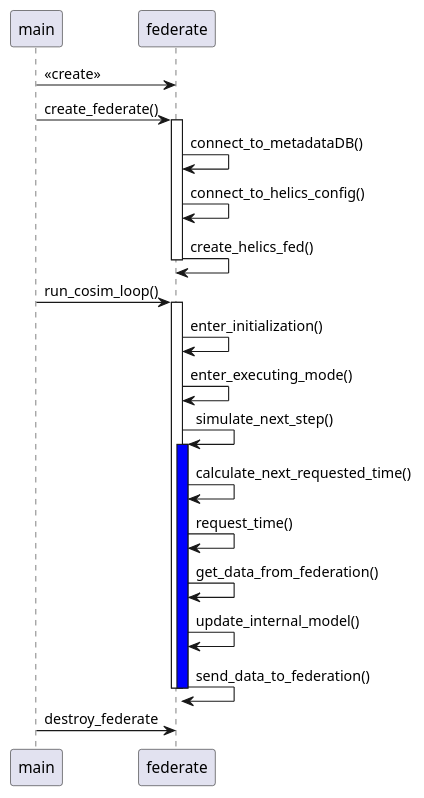
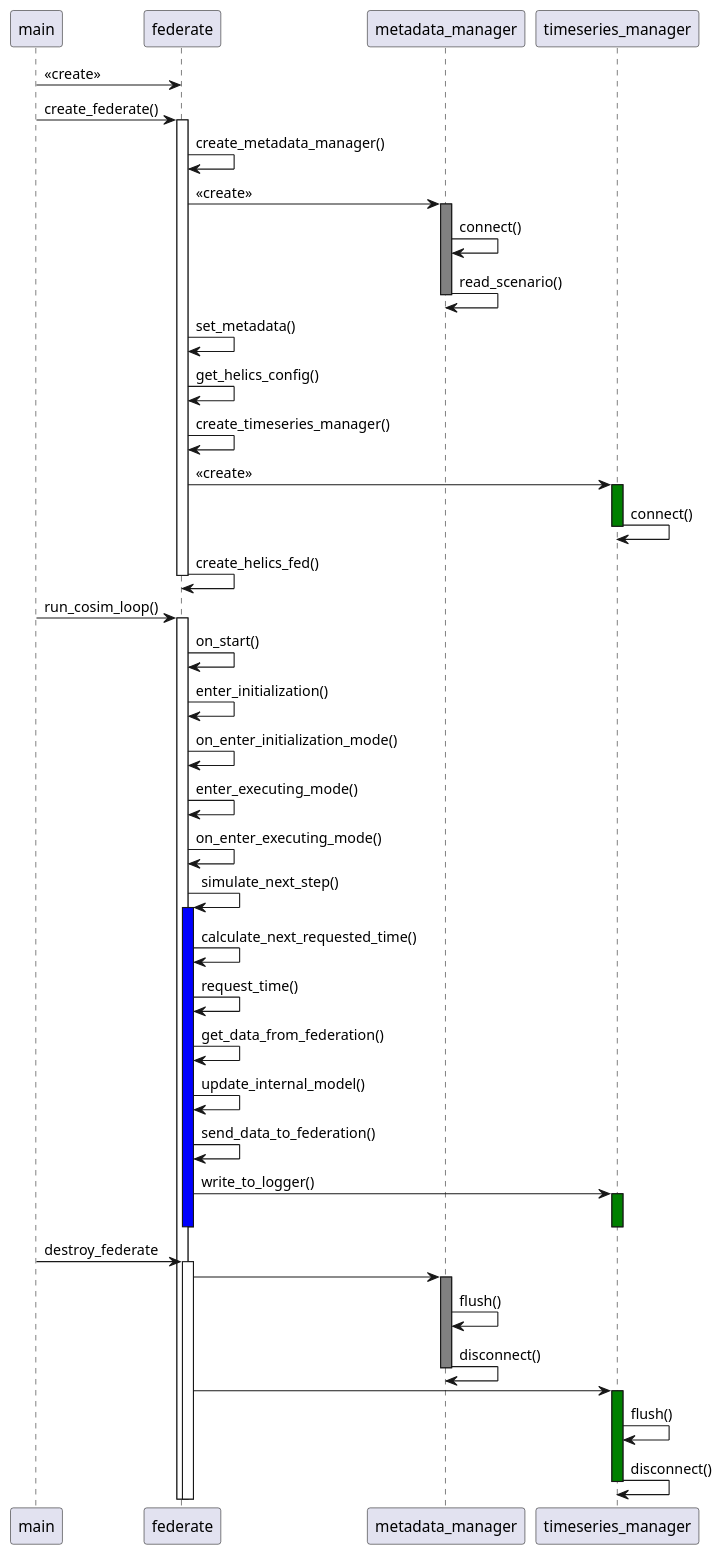
The diagram in docs/design/uml/federate_sd.plantuml (pnnl/cst), drawn with PlantUML before and after one commit. The commit also changed 9 other files, not shown here.

```diff
--- a/docs/design/uml/federate_sd.plantuml
+++ b/docs/design/uml/federate_sd.plantuml
@@ -2,31 +2,57 @@
 @startuml
 
 
 participant main
 participant federate
 
 main -> federate: <<create>>
 main -> federate: create_federate()
 activate federate
-federate -> federate: connect_to_metadataDB()
-federate -> federate: connect_to_helics_config()
+federate -> federate: create_metadata_manager()
+federate -> metadata_manager: <<create>>
+activate metadata_manager #Gray
+metadata_manager -> metadata_manager: connect()
+metadata_manager -> metadata_manager: read_scenario()
+deactivate metadata_manager
+federate -> federate: set_metadata()
+federate -> federate: get_helics_config()
+federate -> federate: create_timeseries_manager()
+federate -> timeseries_manager: <<create>>
+activate timeseries_manager #Green
+timeseries_manager -> timeseries_manager: connect()
+deactivate timeseries_manager
 federate -> federate: create_helics_fed()
 deactivate federate
 
 main -> federate: run_cosim_loop()
 activate federate
+federate -> federate: on_start()
 federate -> federate: enter_initialization()
+federate -> federate: on_enter_initialization_mode()
 federate -> federate: enter_executing_mode()
+federate -> federate: on_enter_executing_mode()
 federate -> federate: simulate_next_step()
 activate federate #Blue
 federate -> federate: calculate_next_requested_time()
 federate -> federate: request_time()
 federate -> federate: get_data_from_federation()
 federate -> federate: update_internal_model()
 federate -> federate: send_data_to_federation()
-deactivate federate
+federate -> timeseries_manager : write_to_logger()
+activate timeseries_manager #Green
+deactivate timeseries_manager
 deactivate federate
 main -> federate: destroy_federate
-
+activate federate
+federate -> metadata_manager
+activate metadata_manager #Gray
+metadata_manager -> metadata_manager: flush()
+metadata_manager -> metadata_manager: disconnect()
+deactivate metadata_manager
+federate -> timeseries_manager
+activate timeseries_manager #Green
+timeseries_manager -> timeseries_manager: flush()
+timeseries_manager -> timeseries_manager: disconnect()
+deactivate timeseries_manager
 
 @enduml
```
